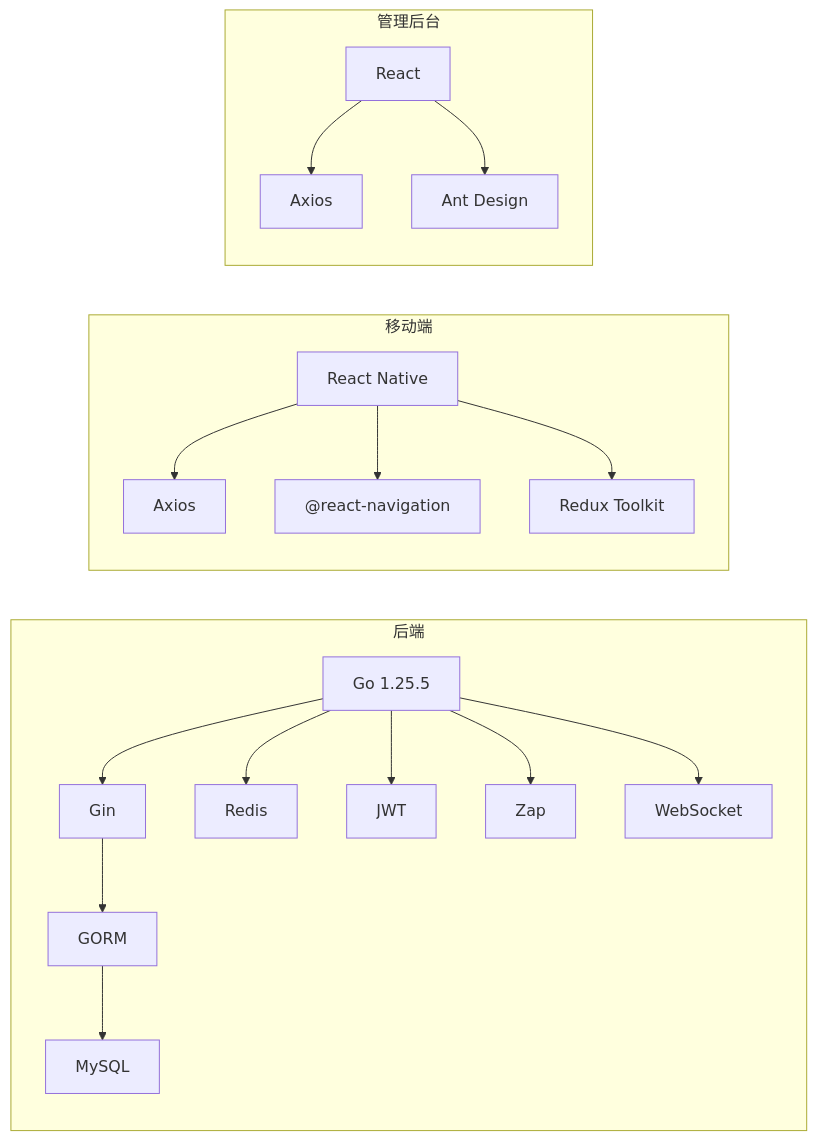
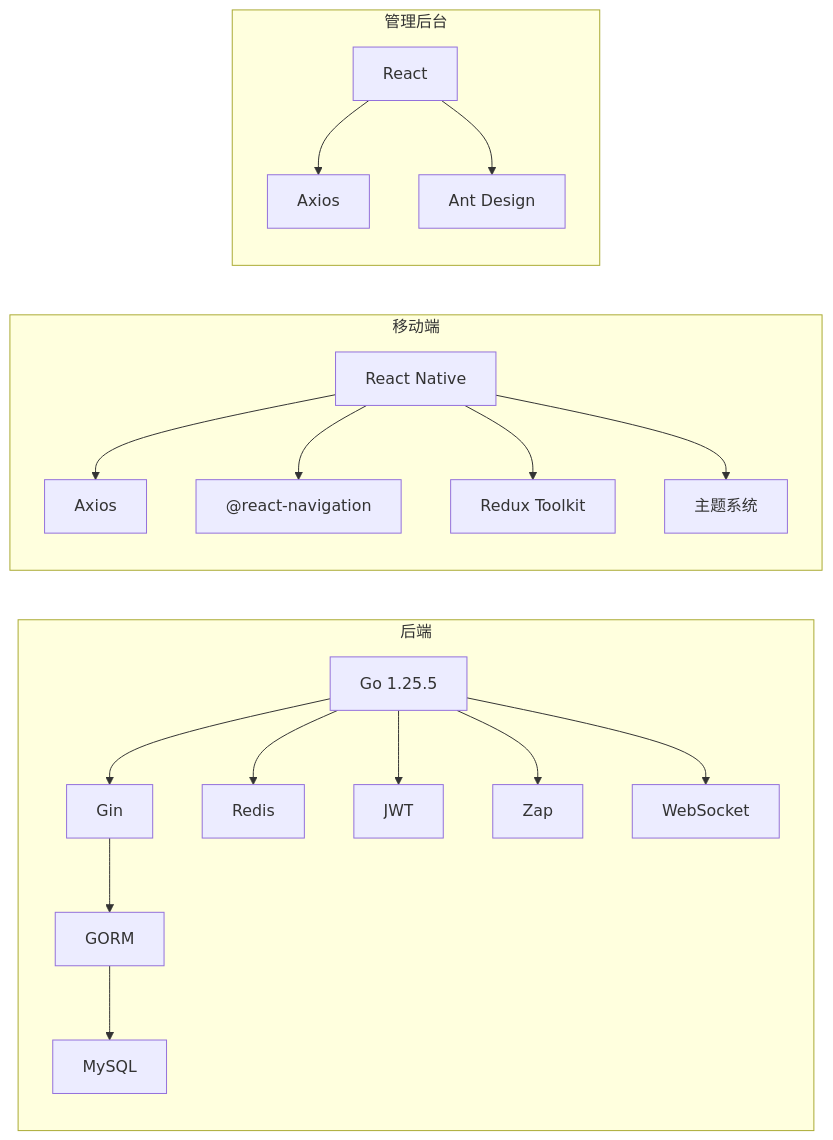
The fifth of 5 diagrams in .qoder/repowiki/zh/content/开发指南/开发指南.md (yinsw-c2e/drone_Rental_platform_v1), drawn with Mermaid before and after one commit. The commit also changed other lines of this file and 11 other files, not shown here.

````diff
--- a/.qoder/repowiki/zh/content/开发指南/开发指南.md
+++ b/.qoder/repowiki/zh/content/开发指南/开发指南.md
@@ -280,34 +341,36 @@
 ```mermaid
 graph LR
 subgraph "后端"
 GO["Go 1.25.5"]
 GIN["Gin"]
 GORM["GORM"]
 MYSQL["MySQL"]
 REDIS["Redis"]
 JWT["JWT"]
 ZAP["Zap"]
 WS["WebSocket"]
 end
 subgraph "移动端"
 RN["React Native"]
 AX["Axios"]
 NAV["@react-navigation"]
 RTK["Redux Toolkit"]
+THEME["主题系统"]
 end
 subgraph "管理后台"
 RACT["React"]
 ANT["Ant Design"]
 AX2["Axios"]
 end
 GO --> GIN --> GORM --> MYSQL
 GO --> REDIS
 GO --> JWT
 GO --> ZAP
 GO --> WS
 RN --> AX
 RN --> NAV
 RN --> RTK
+RN --> THEME
 RACT --> AX2
 RACT --> ANT
 ```
````
